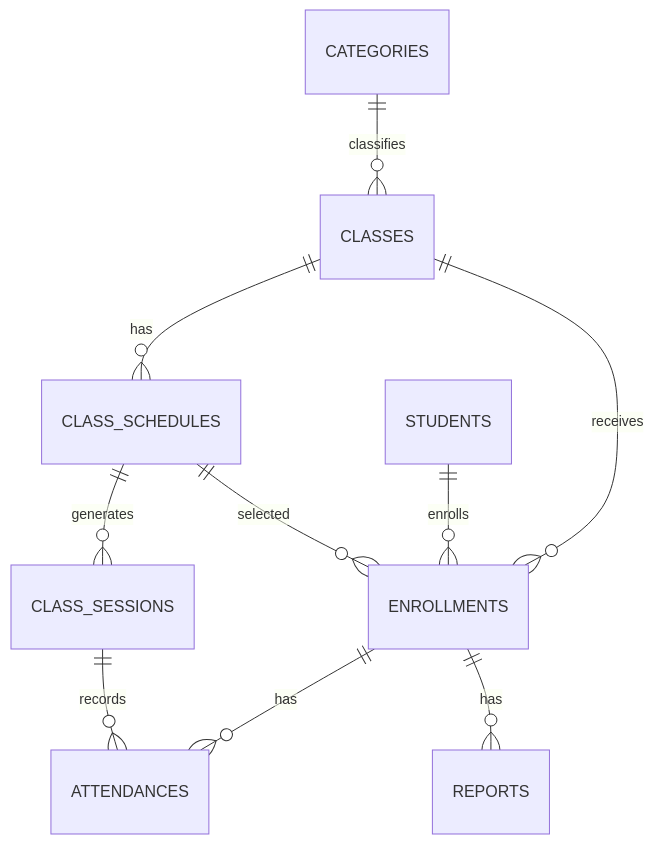
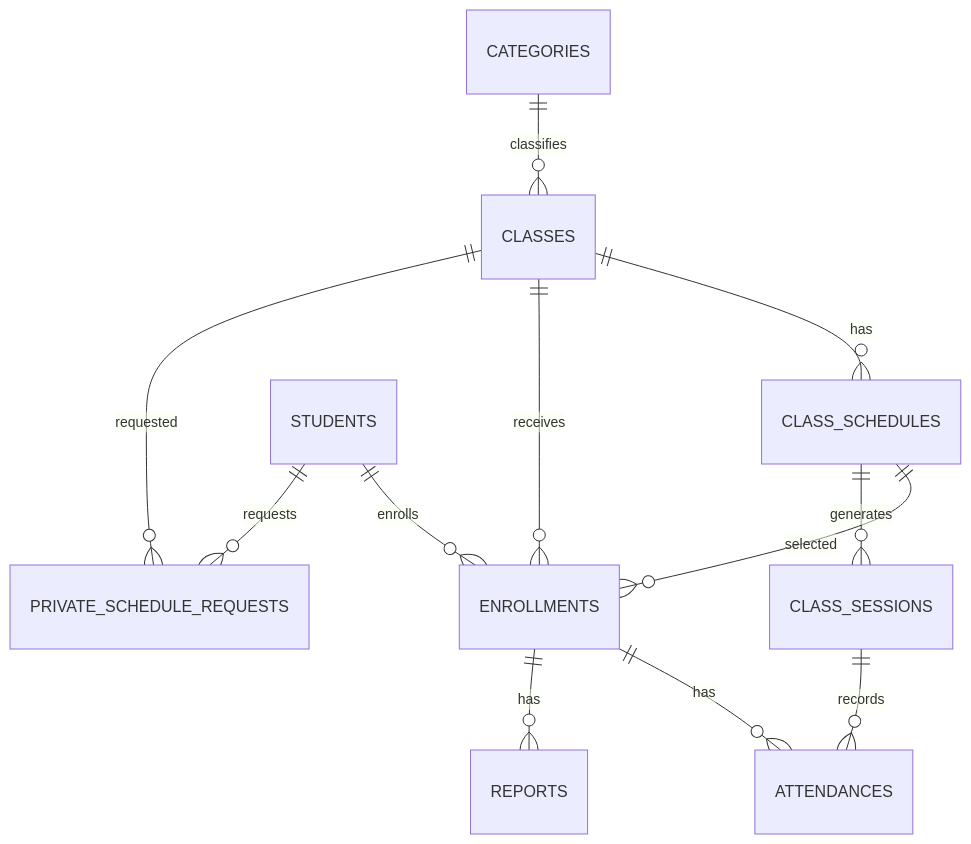
Before and after one commit to kelolakelas/kelolakelas-docs: the diagram in docs/data/academic-schema.md, drawn with Mermaid. The commit also changed other lines of this file and 8 other files, not shown here.

Commit message:
KEL-107: document private schedule request contract (#109)

````diff
--- a/docs/data/academic-schema.md
+++ b/docs/data/academic-schema.md
@@ -5,12 +5,14 @@
 ```mermaid
 erDiagram
   CATEGORIES ||--o{ CLASSES : classifies
   CLASSES ||--o{ CLASS_SCHEDULES : has
   CLASSES ||--o{ ENROLLMENTS : receives
   STUDENTS ||--o{ ENROLLMENTS : enrolls
+  CLASSES ||--o{ PRIVATE_SCHEDULE_REQUESTS : requested
+  STUDENTS ||--o{ PRIVATE_SCHEDULE_REQUESTS : requests
   CLASS_SCHEDULES ||--o{ ENROLLMENTS : selected
   CLASS_SCHEDULES ||--o{ CLASS_SESSIONS : generates
   ENROLLMENTS ||--o{ ATTENDANCES : has
   CLASS_SESSIONS ||--o{ ATTENDANCES : records
   ENROLLMENTS ||--o{ REPORTS : has
 ```
````
